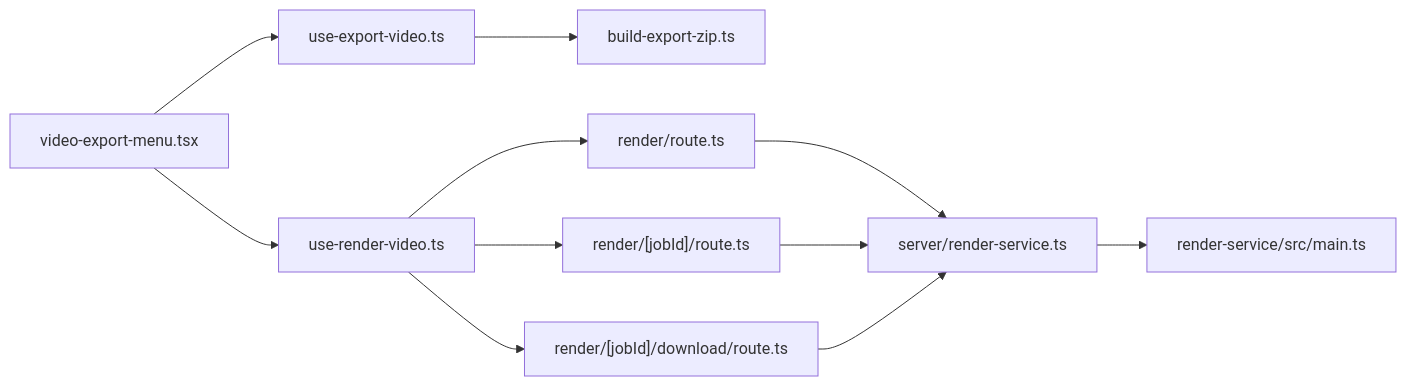
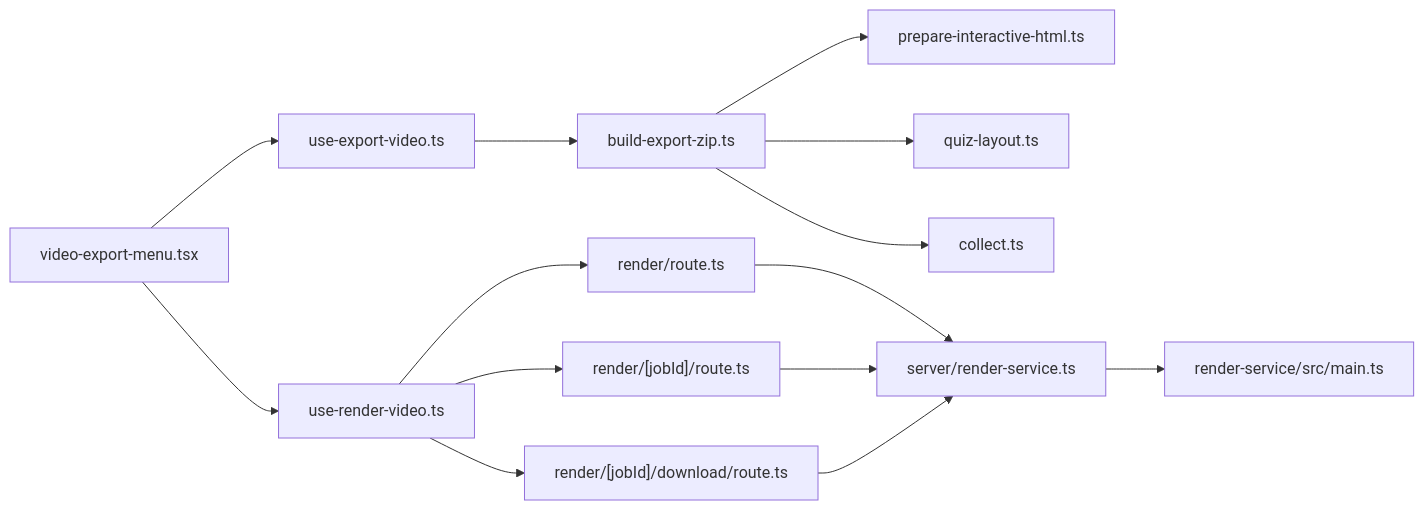
The fourth of 4 diagrams in .qoder/repowiki/zh/content/核心功能/导出系统/视频导出/视频导出.md (huangboheng/OpenMAIC), drawn with Mermaid before and after one commit. The commit also changed other lines of this file and 23 other files, not shown here.

````diff
--- a/.qoder/repowiki/zh/content/核心功能/导出系统/视频导出/视频导出.md
+++ b/.qoder/repowiki/zh/content/核心功能/导出系统/视频导出/视频导出.md
@@ -301,13 +378,16 @@
 ```mermaid
 graph LR
 UI["video-export-menu.tsx"] --> H1["use-export-video.ts"]
 UI --> H2["use-render-video.ts"]
 H1 --> BZ["build-export-zip.ts"]
+BZ --> PIH["prepare-interactive-html.ts"]
+BZ --> QL["quiz-layout.ts"]
+BZ --> C["collect.ts"]
 H2 --> A1["render/route.ts"]
 H2 --> A2["render/[jobId]/route.ts"]
 H2 --> A3["render/[jobId]/download/route.ts"]
 A1 --> S["server/render-service.ts"]
 A2 --> S
 A3 --> S
 S --> RS["render-service/src/main.ts"]
 ```
````
